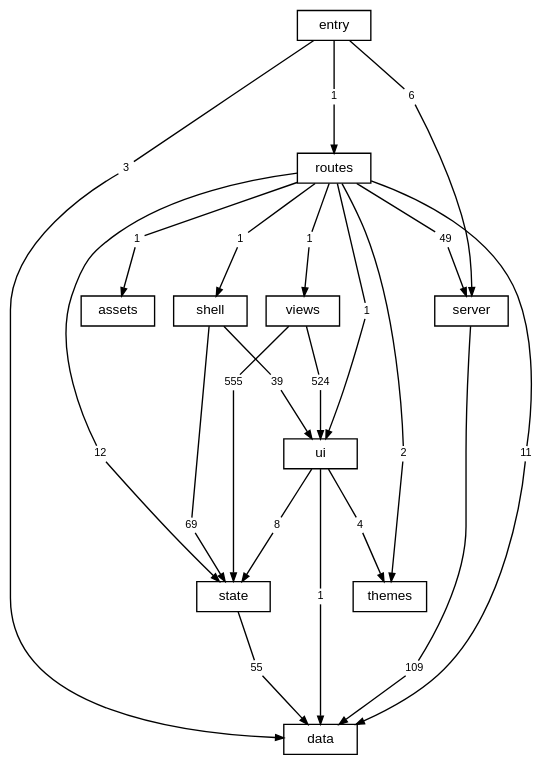
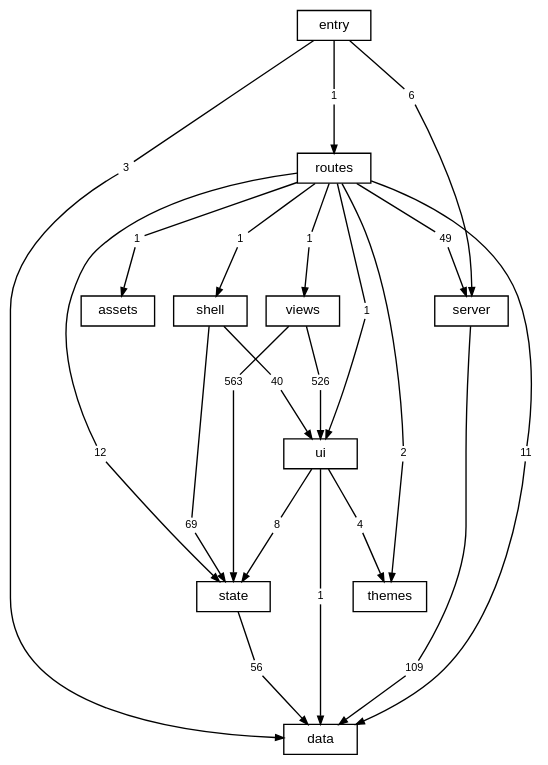
One commit to TheAxeC/oculus changed the diagram in docs/diagrams/layers.dot. Above: the diagram before and after it, drawn with Graphviz. The commit also changed 102 other files, not shown here.

```diff
--- a/docs/diagrams/layers.dot
+++ b/docs/diagrams/layers.dot
@@ -1,75 +1,75 @@
 digraph layers {
     graph [bgcolor="transparent", rankdir=TB, newrank=true, fontname="Helvetica,Arial,sans-serif", fontsize=12, nodesep=0.2, ranksep=0.5];
     node [shape=box, color="black", fontcolor="black", fontname="Helvetica,Arial,sans-serif", fontsize=10, height=0.3, margin="0.12,0.04"];
     edge [color="black", fontcolor="black", fontname="Helvetica,Arial,sans-serif", fontsize=8, arrowsize=0.6];
     "data";
     "server";
     "state";
     "ui";
     "shell";
     "views";
     "themes";
     "routes";
     "src" [label="entry"];
     "files: assets" [label="assets"];
     "routes to data" [label="11", shape=box, color="transparent", fontsize=8, width=0, height=0, margin="0.04,0.02"];
     "routes" -> "routes to data" [arrowhead=none];
     "routes to data" -> "data" [];
     "routes to files: assets" [label="1", shape=box, color="transparent", fontsize=8, width=0, height=0, margin="0.04,0.02"];
     "routes" -> "routes to files: assets" [arrowhead=none];
     "routes to files: assets" -> "files: assets" [];
     "routes to server" [label="49", shape=box, color="transparent", fontsize=8, width=0, height=0, margin="0.04,0.02"];
     "routes" -> "routes to server" [arrowhead=none];
     "routes to server" -> "server" [];
     "routes to shell" [label="1", shape=box, color="transparent", fontsize=8, width=0, height=0, margin="0.04,0.02"];
     "routes" -> "routes to shell" [arrowhead=none];
     "routes to shell" -> "shell" [];
     "routes to state" [label="12", shape=box, color="transparent", fontsize=8, width=0, height=0, margin="0.04,0.02"];
     "routes" -> "routes to state" [arrowhead=none];
     "routes to state" -> "state" [];
     "routes to themes" [label="2", shape=box, color="transparent", fontsize=8, width=0, height=0, margin="0.04,0.02"];
     "routes" -> "routes to themes" [arrowhead=none];
     "routes to themes" -> "themes" [];
     "routes to ui" [label="1", shape=box, color="transparent", fontsize=8, width=0, height=0, margin="0.04,0.02"];
     "routes" -> "routes to ui" [arrowhead=none];
     "routes to ui" -> "ui" [];
     "routes to views" [label="1", shape=box, color="transparent", fontsize=8, width=0, height=0, margin="0.04,0.02"];
     "routes" -> "routes to views" [arrowhead=none];
     "routes to views" -> "views" [];
     "server to data" [label="109", shape=box, color="transparent", fontsize=8, width=0, height=0, margin="0.04,0.02"];
     "server" -> "server to data" [arrowhead=none];
     "server to data" -> "data" [];
     "shell to state" [label="69", shape=box, color="transparent", fontsize=8, width=0, height=0, margin="0.04,0.02"];
     "shell" -> "shell to state" [arrowhead=none];
     "shell to state" -> "state" [];
-    "shell to ui" [label="39", shape=box, color="transparent", fontsize=8, width=0, height=0, margin="0.04,0.02"];
+    "shell to ui" [label="40", shape=box, color="transparent", fontsize=8, width=0, height=0, margin="0.04,0.02"];
     "shell" -> "shell to ui" [arrowhead=none];
     "shell to ui" -> "ui" [];
     "src to data" [label="3", shape=box, color="transparent", fontsize=8, width=0, height=0, margin="0.04,0.02"];
     "src" -> "src to data" [arrowhead=none];
     "src to data" -> "data" [];
     "src to routes" [label="1", shape=box, color="transparent", fontsize=8, width=0, height=0, margin="0.04,0.02"];
     "src" -> "src to routes" [arrowhead=none];
     "src to routes" -> "routes" [];
     "src to server" [label="6", shape=box, color="transparent", fontsize=8, width=0, height=0, margin="0.04,0.02"];
     "src" -> "src to server" [arrowhead=none];
     "src to server" -> "server" [];
-    "state to data" [label="55", shape=box, color="transparent", fontsize=8, width=0, height=0, margin="0.04,0.02"];
+    "state to data" [label="56", shape=box, color="transparent", fontsize=8, width=0, height=0, margin="0.04,0.02"];
     "state" -> "state to data" [arrowhead=none];
     "state to data" -> "data" [];
     "ui to data" [label="1", shape=box, color="transparent", fontsize=8, width=0, height=0, margin="0.04,0.02"];
     "ui" -> "ui to data" [arrowhead=none];
     "ui to data" -> "data" [];
     "ui to state" [label="8", shape=box, color="transparent", fontsize=8, width=0, height=0, margin="0.04,0.02"];
     "ui" -> "ui to state" [arrowhead=none];
     "ui to state" -> "state" [];
     "ui to themes" [label="4", shape=box, color="transparent", fontsize=8, width=0, height=0, margin="0.04,0.02"];
     "ui" -> "ui to themes" [arrowhead=none];
     "ui to themes" -> "themes" [];
-    "views to state" [label="555", shape=box, color="transparent", fontsize=8, width=0, height=0, margin="0.04,0.02"];
+    "views to state" [label="563", shape=box, color="transparent", fontsize=8, width=0, height=0, margin="0.04,0.02"];
     "views" -> "views to state" [arrowhead=none];
     "views to state" -> "state" [];
-    "views to ui" [label="524", shape=box, color="transparent", fontsize=8, width=0, height=0, margin="0.04,0.02"];
+    "views to ui" [label="526", shape=box, color="transparent", fontsize=8, width=0, height=0, margin="0.04,0.02"];
     "views" -> "views to ui" [arrowhead=none];
     "views to ui" -> "ui" [];
 }
```
